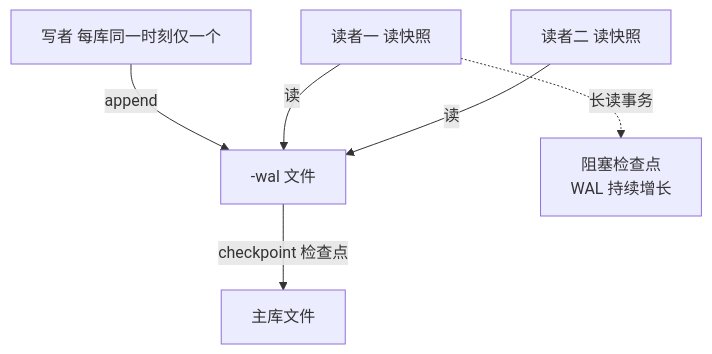
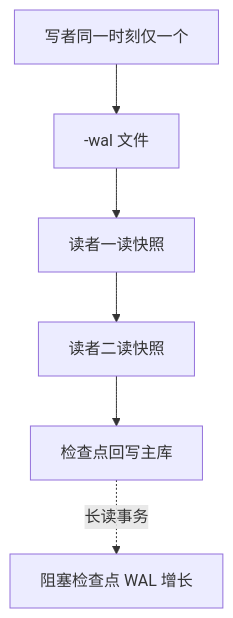
One commit to hub138/technical-knowledge changed the second of 3 diagrams in vault/工程知识/数据系统：在并发与故障中保存事实/事务与存储/SQLite与MySQL代表不同的并发与运维边界.md. Above: the diagram before and after it, drawn with Mermaid. The commit also changed other lines of this file and 622 other files, not shown here.

````diff
--- a/vault/工程知识/数据系统：在并发与故障中保存事实/事务与存储/SQLite与MySQL代表不同的并发与运维边界.md
+++ b/vault/工程知识/数据系统：在并发与故障中保存事实/事务与存储/SQLite与MySQL代表不同的并发与运维边界.md
@@ -69,8 +98,8 @@
 ```mermaid
-flowchart TB
-    w["写者 每库同一时刻仅一个"] -->|append| wal["-wal 文件"]
-    r1["读者一 读快照"] -->|读| wal
-    r2["读者二 读快照"] -->|读| wal
-    wal -->|checkpoint 检查点| db["主库文件"]
-    r1 -.->|"长读事务"| x["阻塞检查点<br/>WAL 持续增长"]
+flowchart TD
+    w["写者同一时刻仅一个"] --> wal["-wal 文件"]
+    wal --> r1["读者一读快照"]
+    r1 --> r2["读者二读快照"]
+    r2 --> db["检查点回写主库"]
+    db -.->|长读事务| x["阻塞检查点 WAL 增长"]
 ```
````
